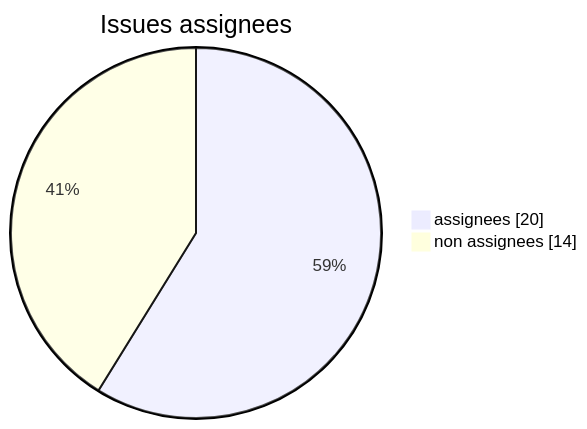
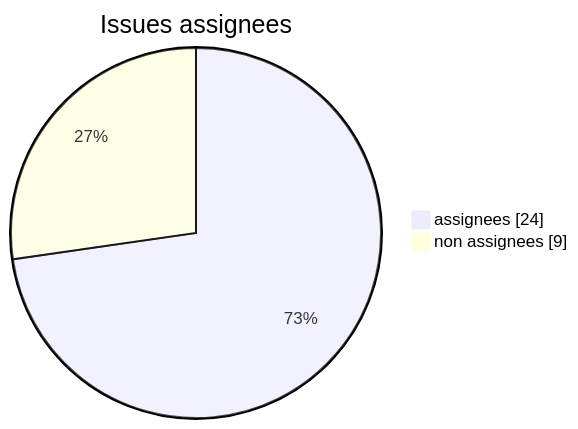
One commit to Gooseppr/GevOps_LC changed the first of 7 diagrams in modules/M49_projet-board-J09.md. Above: the diagram before and after it, drawn with Mermaid. The commit also changed other lines of this file and 2 other files, not shown here.

````diff
--- a/modules/M49_projet-board-J09.md
+++ b/modules/M49_projet-board-J09.md
@@ -30,6 +30,6 @@
 ```mermaid
 pie showData
     title Issues assignees
-    "assignees" : 20
-    "non assignees" : 14
+    "assignees" : 24
+    "non assignees" : 9
 ```
````
